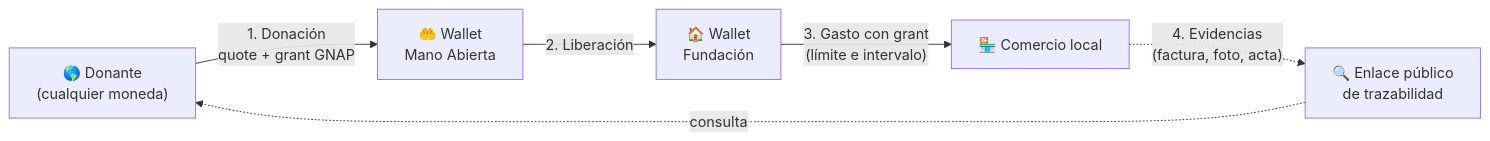
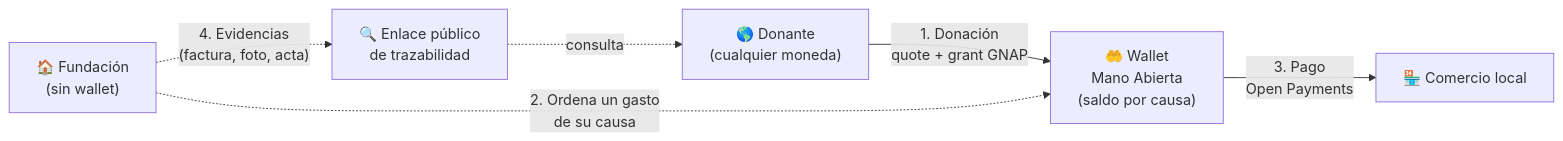
Before and after one commit to daniquinto/deploy-con-suero: the first of 2 diagrams in README.md, drawn with Mermaid. The commit also changed other lines of this file, not shown here.

````diff
--- a/README.md
+++ b/README.md
@@ -71,8 +72,8 @@
 ```mermaid
 flowchart LR
-    D["🌎 Donante<br/>(cualquier moneda)"] -- "1. Donación<br/>quote + grant GNAP" --> A["🤲 Wallet<br/>Mano Abierta"]
-    A -- "2. Liberación" --> F["🏠 Wallet<br/>Fundación"]
-    F -- "3. Gasto con grant<br/>(límite e intervalo)" --> C["🏪 Comercio local"]
-    C -. "4. Evidencias<br/>(factura, foto, acta)" .-> T["🔍 Enlace público<br/>de trazabilidad"]
+    D["🌎 Donante<br/>(cualquier moneda)"] -- "1. Donación<br/>quote + grant GNAP" --> A["🤲 Wallet<br/>Mano Abierta<br/>(saldo por causa)"]
+    F["🏠 Fundación<br/>(sin wallet)"] -. "2. Ordena un gasto<br/>de su causa" .-> A
+    A -- "3. Pago<br/>Open Payments" --> C["🏪 Comercio local"]
+    F -. "4. Evidencias<br/>(factura, foto, acta)" .-> T["🔍 Enlace público<br/>de trazabilidad"]
     T -. "consulta" .-> D
 ```
````
